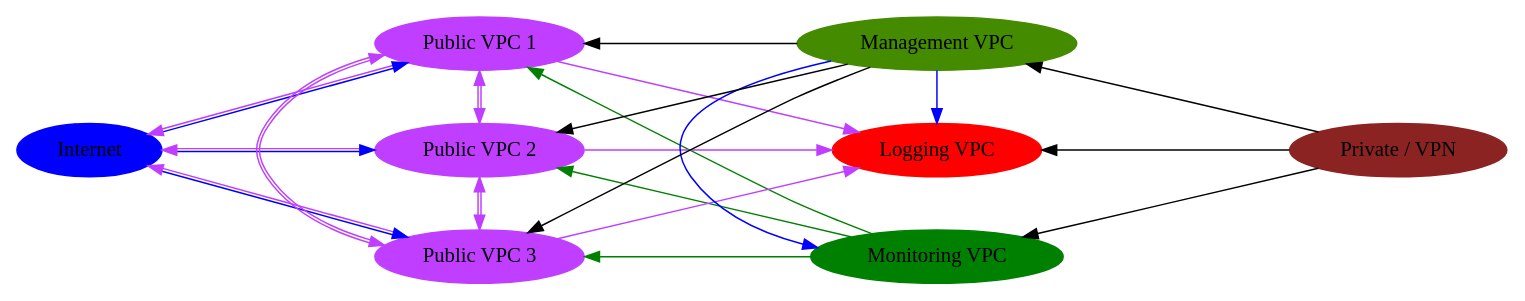
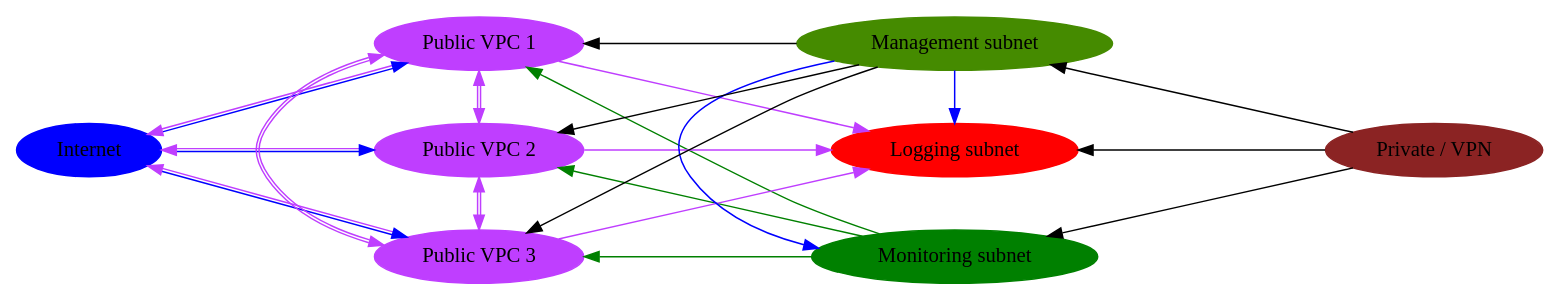
Before and after one commit to jpancoast/cloudsetup: the diagram in docs/overall_layout.dot, drawn with Graphviz. The commit also changed 2 other files, not shown here.

```diff
--- a/docs/overall_layout.dot
+++ b/docs/overall_layout.dot
@@ -1,69 +1,69 @@
 digraph G {
     #http://www.graphviz.org/pdf/dotguide.pdf
     rankdir = LR
 
     Internet [ color = blue, style = filled ]
-    "Monitoring VPC" [ color = green, style = filled ]
-    "Logging VPC" [ color = red, style = filled ]
+    "Monitoring subnet" [ color = green, style = filled ]
+    "Logging subnet" [ color = red, style = filled ]
 
     "Public VPC 1" [ color = "darkorchid1", style = filled ]
     "Public VPC 2" [ color = "darkorchid1", style = filled ]
     "Public VPC 3" [ color = "darkorchid1", style = filled ]
 
     "Private / VPN" [ color = "brown4", style = filled ]
 
-    "Management VPC" [ color = "chartreuse4", style = filled ]
+    "Management subnet" [ color = "chartreuse4", style = filled ]
 
     ranksep = 2.0
     nodesep = .5
 
     Internet -> "Public VPC 1" [dir=both color="blue:darkorchid1"];
     Internet -> "Public VPC 2" [dir=both color="blue:darkorchid1"];
     Internet -> "Public VPC 3" [dir=both color="blue:darkorchid1"];
 
 
     {
         rank = min;
         Internet;
     }
 
     {
         rank = same;
         "Public VPC 1"; "Public VPC 2"; "Public VPC 3";
     }
 
 
     {
         rank = same;
-        "Monitoring VPC"; "Logging VPC"; "Management VPC";
+        "Monitoring subnet"; "Logging subnet"; "Management subnet";
     }
 
     {
         rank = max;
         "Private / VPN"
     }
 
 
     "Public VPC 1" -> "Public VPC 2" [dir=both color="darkorchid1:darkorchid1"];
     "Public VPC 1" -> "Public VPC 3" [dir=both color="darkorchid1:darkorchid1"];
     "Public VPC 2" -> "Public VPC 3" [dir=both color="darkorchid1:darkorchid1"];
 
-    "Management VPC" -> "Monitoring VPC" [ color="blue" ];
-    "Management VPC" -> "Logging VPC" [ color="blue" ];
+    "Management subnet" -> "Monitoring subnet" [ color="blue" ];
+    "Management subnet" -> "Logging subnet" [ color="blue" ];
 
-    "Private / VPN" -> "Monitoring VPC"
-    "Private / VPN" -> "Logging VPC"
-    "Private / VPN" -> "Management VPC"
+    "Private / VPN" -> "Monitoring subnet"
+    "Private / VPN" -> "Logging subnet"
+    "Private / VPN" -> "Management subnet"
 
-    "Management VPC" -> "Public VPC 1"
-    "Management VPC" -> "Public VPC 2"
-    "Management VPC" -> "Public VPC 3"
+    "Management subnet" -> "Public VPC 1"
+    "Management subnet" -> "Public VPC 2"
+    "Management subnet" -> "Public VPC 3"
 
-    "Monitoring VPC" -> "Public VPC 1" [ color="green"];
-    "Monitoring VPC" -> "Public VPC 2" [ color="green"];
-    "Monitoring VPC" -> "Public VPC 3" [ color="green"];
+    "Monitoring subnet" -> "Public VPC 1" [ color="green"];
+    "Monitoring subnet" -> "Public VPC 2" [ color="green"];
+    "Monitoring subnet" -> "Public VPC 3" [ color="green"];
 
-    "Public VPC 1" -> "Logging VPC" [ color = "darkorchid1" ];
-    "Public VPC 2" -> "Logging VPC" [ color = "darkorchid1" ];
-    "Public VPC 3" -> "Logging VPC" [ color = "darkorchid1" ];
+    "Public VPC 1" -> "Logging subnet" [ color = "darkorchid1" ];
+    "Public VPC 2" -> "Logging subnet" [ color = "darkorchid1" ];
+    "Public VPC 3" -> "Logging subnet" [ color = "darkorchid1" ];
 }
```
